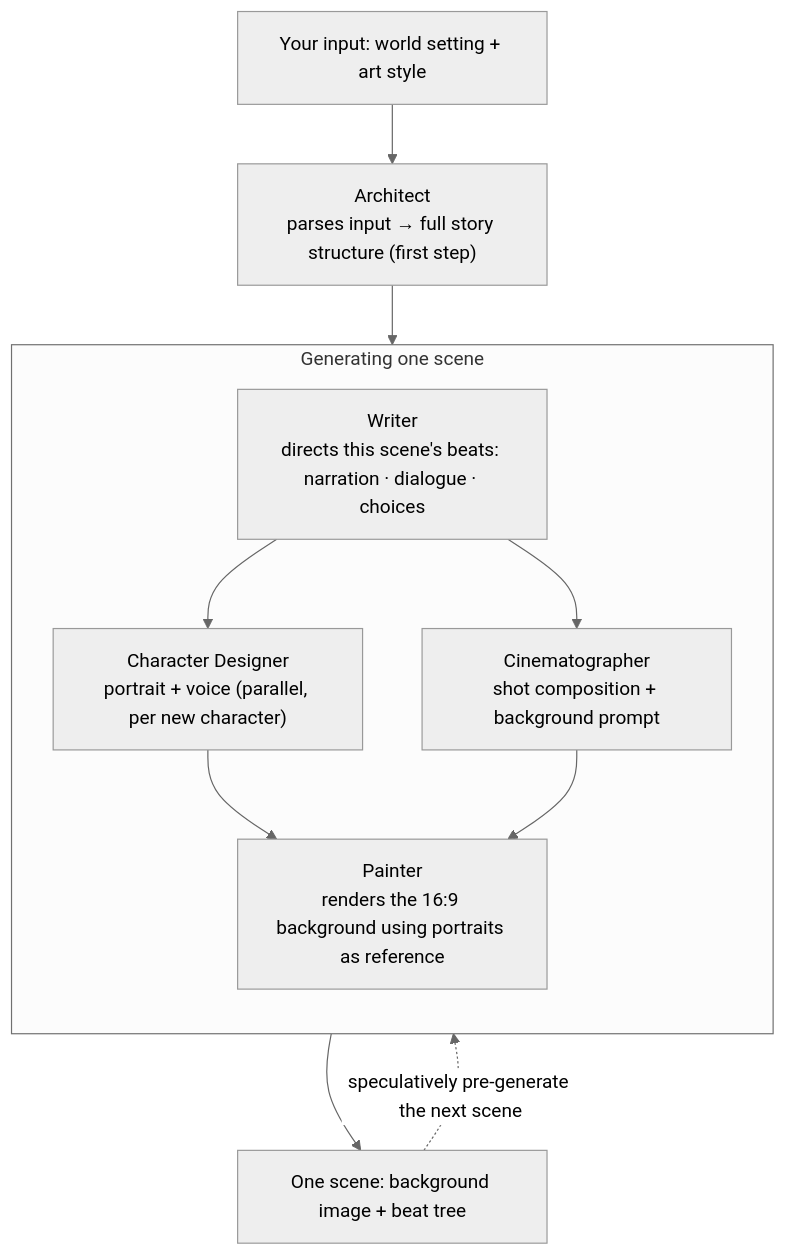
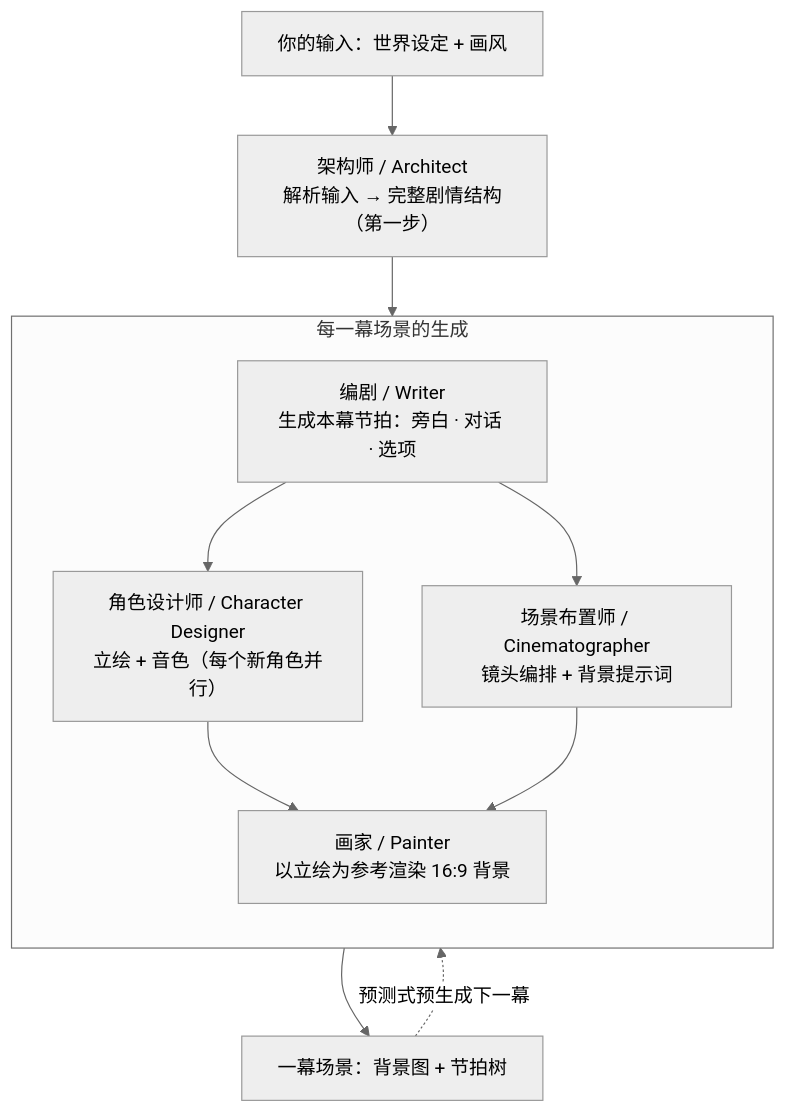
The diagram in README.md (zonghaoyuan/infiplot), drawn with Mermaid (neutral theme) before and after one commit. The commit also changed other lines of this file and 4 other files, not shown here.

````diff
--- a/README.md
+++ b/README.md
@@ -73,14 +91,14 @@
 ```mermaid
 flowchart TD
-    U["Your input: world setting + art style"] --> A["Architect<br/>parses input → full story structure (first step)"]
-    A --> W["Writer<br/>directs this scene's beats: narration · dialogue · choices"]
-    subgraph SCENE["Generating one scene"]
+    U["你的输入：世界设定 + 画风"] --> A["架构师 / Architect<br/>解析输入 → 完整剧情结构（第一步）"]
+    A --> W["编剧 / Writer<br/>生成本幕节拍：旁白 · 对话 · 选项"]
+    subgraph SCENE["每一幕场景的生成"]
         direction TB
-        W --> C["Character Designer<br/>portrait + voice (parallel, per new character)"]
-        W --> S["Cinematographer<br/>shot composition + background prompt"]
-        C --> P["Painter<br/>renders the 16:9 background using portraits as reference"]
+        W --> C["角色设计师 / Character Designer<br/>立绘 + 音色（每个新角色并行）"]
+        W --> S["场景布置师 / Cinematographer<br/>镜头编排 + 背景提示词"]
+        C --> P["画家 / Painter<br/>以立绘为参考渲染 16:9 背景"]
         S --> P
     end
-    P --> SC["One scene: background image + beat tree"]
-    SC -. speculatively pre-generate the next scene .-> W
+    P --> SC["一幕场景：背景图 + 节拍树"]
+    SC -. 预测式预生成下一幕 .-> W
 ```
````
